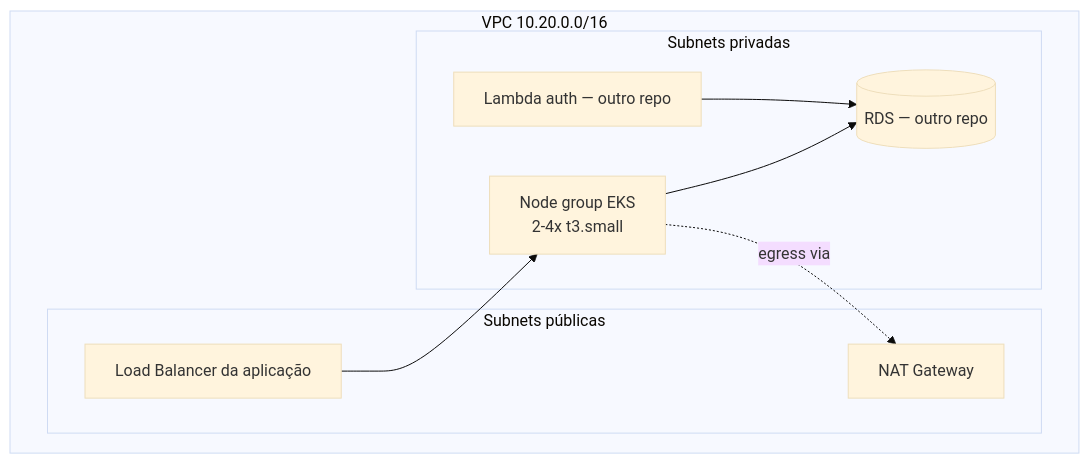
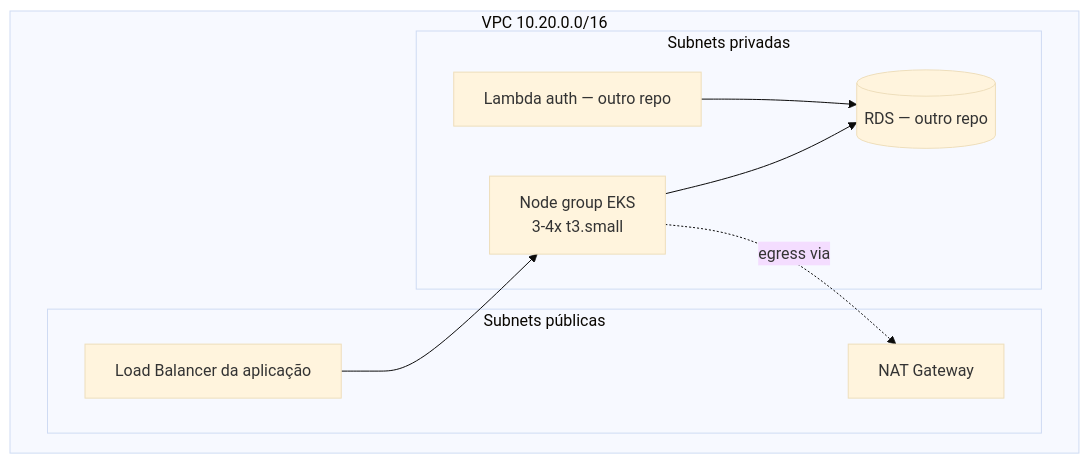
Before and after one commit to RafaelNikolasPuggi/oficina-infra-k8s: the diagram in README.md, drawn with Mermaid (base theme). The commit also changed other lines of this file and 1 other file, not shown here.

First line of the commit message:
fix: aumenta node_desired_size/min_size de 2 para 3 (capacidade de IP) (#5)

````diff
--- a/README.md
+++ b/README.md
@@ -62,18 +62,18 @@
 ```mermaid
 flowchart TB
     subgraph VPC["VPC 10.20.0.0/16"]
         subgraph Public["Subnets públicas"]
             NAT[NAT Gateway]
             ELB[Load Balancer da aplicação]
         end
         subgraph Private["Subnets privadas"]
-            EKS[Node group EKS<br/>2-4x t3.small]
+            EKS[Node group EKS<br/>3-4x t3.small]
             RDS[(RDS — outro repo)]
             LAMBDA[Lambda auth — outro repo]
         end
     end
     ELB --> EKS
     EKS --> RDS
     LAMBDA --> RDS
     EKS -.egress via.-> NAT
 ```
````
